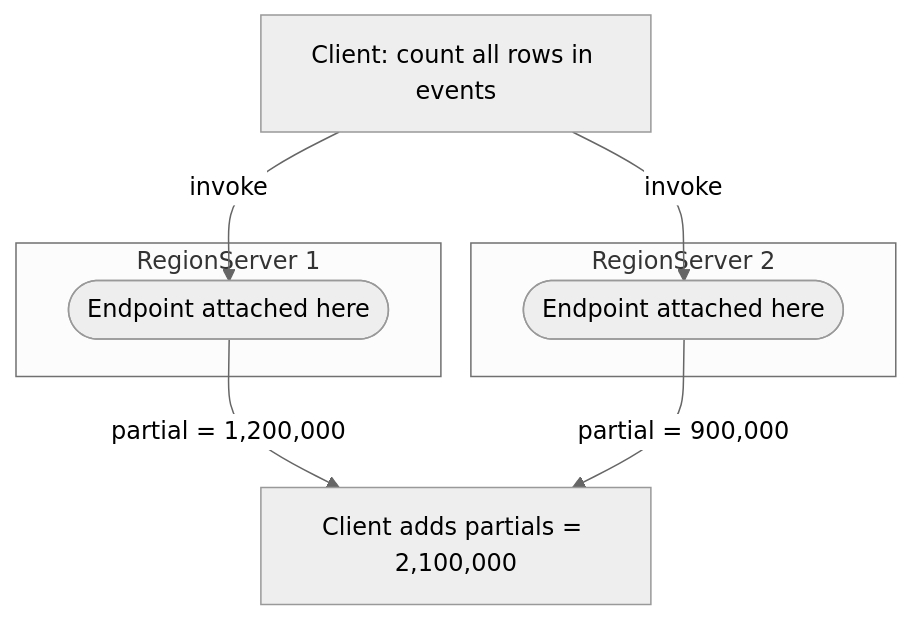
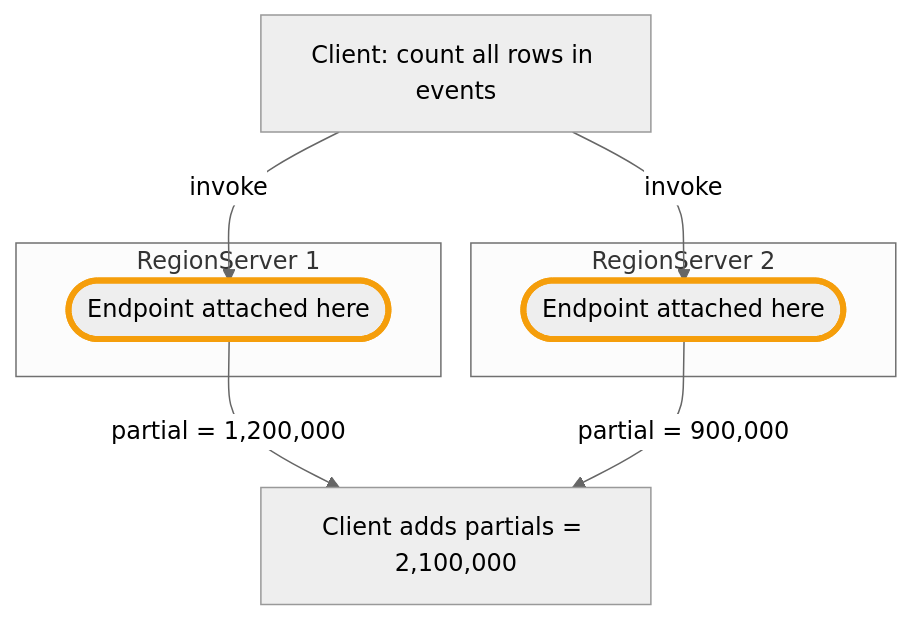
The third of 3 diagrams in src/content/blog/phoenix-fundamentals/introduction-to-hbase.md (palashc/palashc.github.io), drawn with Mermaid (neutral theme) before and after one commit. The commit also changed other lines of this file and 21 other files, not shown here.

````diff
--- a/src/content/blog/phoenix-fundamentals/introduction-to-hbase.md
+++ b/src/content/blog/phoenix-fundamentals/introduction-to-hbase.md
@@ -172,14 +173,16 @@
 ```mermaid
 flowchart TB
   client["Client: count all rows in events"]
   subgraph rs1 [RegionServer 1]
     e1(["Endpoint attached here"])
   end
   subgraph rs2 [RegionServer 2]
     e2(["Endpoint attached here"])
   end
   client -->|"invoke"| e1
   client -->|"invoke"| e2
   e1 -->|"partial = 1,200,000"| merge["Client adds partials = 2,100,000"]
   e2 -->|"partial = 900,000"| merge
+  style e1 stroke:#f59e0b,stroke-width:4px
+  style e2 stroke:#f59e0b,stroke-width:4px
 ```
````
